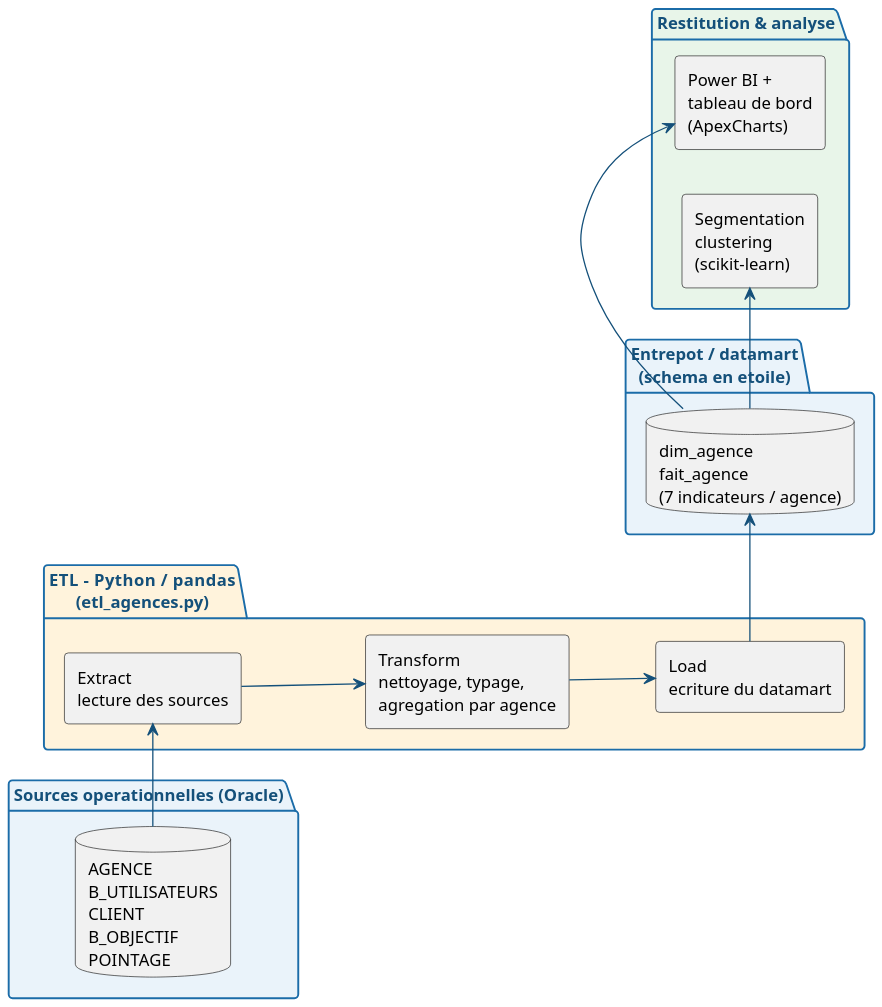
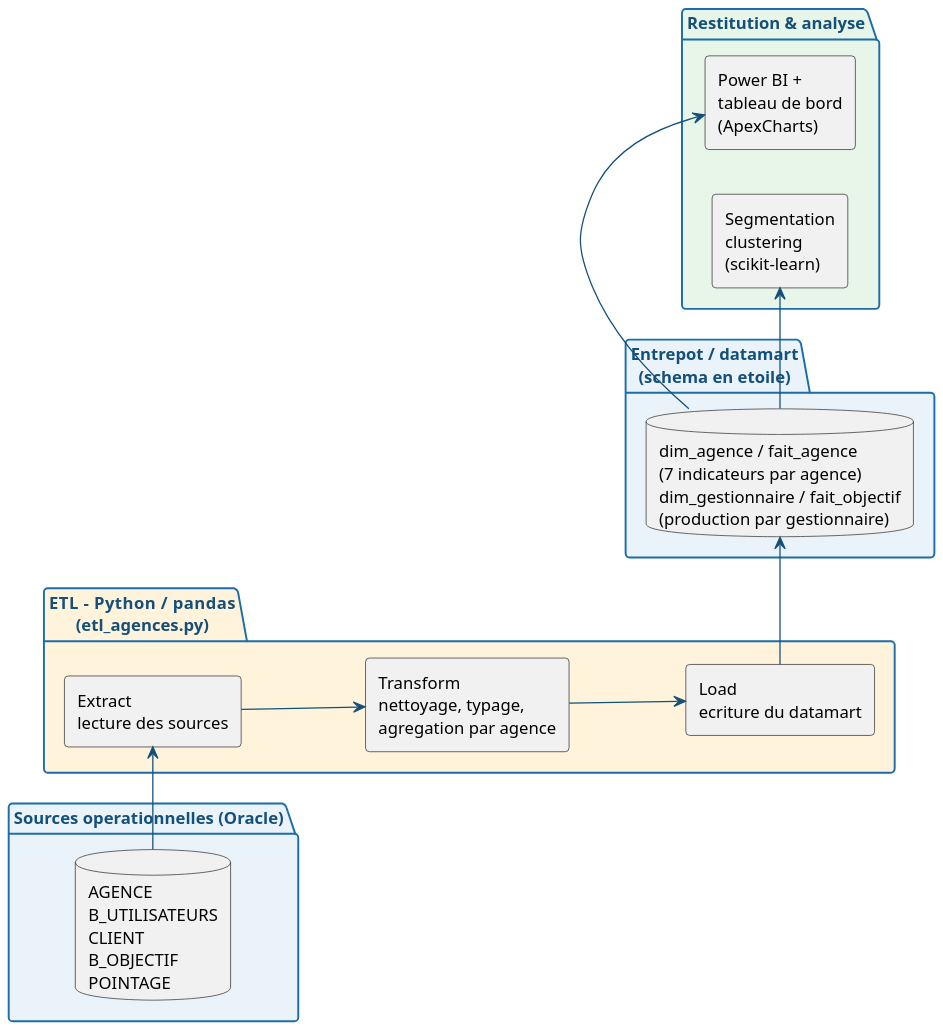
One commit to ZizouX0/oussema_korbosli changed the diagram in rapport-latex/diagrams/etl_chaine.puml. Above: the diagram before and after it, drawn with PlantUML. The commit also changed 19 other files, not shown here.

```diff
--- a/rapport-latex/diagrams/etl_chaine.puml
+++ b/rapport-latex/diagrams/etl_chaine.puml
@@ -1,42 +1,42 @@
 @startuml
 skinparam dpi 150
 skinparam shadowing false
 skinparam DefaultFontName Arial
 skinparam DefaultFontSize 13
 skinparam ArrowColor #14507A
 skinparam roundCorner 6
 skinparam componentStyle rectangle
 left to right direction
 
 skinparam package {
   BorderColor #1B6CA8
   FontColor #14507A
   FontStyle bold
 }
 
 package "Sources operationnelles (Oracle)" as SRC #EAF3FA {
   database "AGENCE\nB_UTILISATEURS\nCLIENT\nB_OBJECTIF\nPOINTAGE" as DB
 }
 
 package "ETL  -  Python / pandas\n(etl_agences.py)" as ETL #FFF3DC {
   component "Extract\nlecture des sources" as E
   component "Transform\nnettoyage, typage,\nagregation par agence" as T
   component "Load\necriture du datamart" as L
   E -down-> T
   T -down-> L
 }
 
 package "Entrepot / datamart\n(schema en etoile)" as DWH #EAF3FA {
-  database "dim_agence\nfait_agence\n(7 indicateurs / agence)" as DM
+  database "dim_agence / fait_agence\n(7 indicateurs par agence)\ndim_gestionnaire / fait_objectif\n(production par gestionnaire)" as DM
 }
 
 package "Restitution & analyse" as REST #E8F5E9 {
   component "Power BI +\ntableau de bord\n(ApexCharts)" as PBI
   component "Segmentation\nclustering\n(scikit-learn)" as CLU
 }
 
 DB -right-> E
 L -right-> DM
 DM -right-> PBI
 DM -right-> CLU
 @enduml
```
